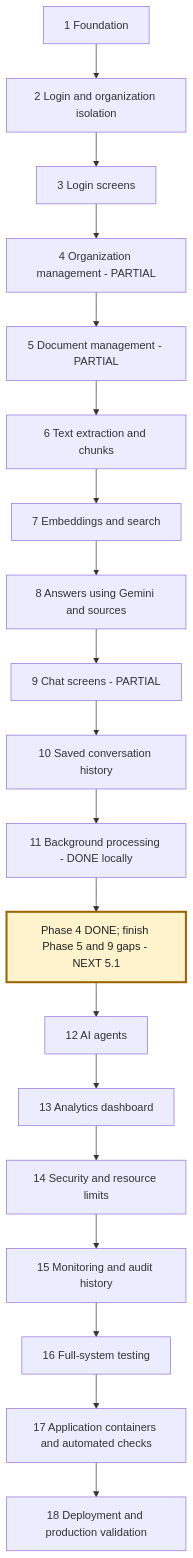
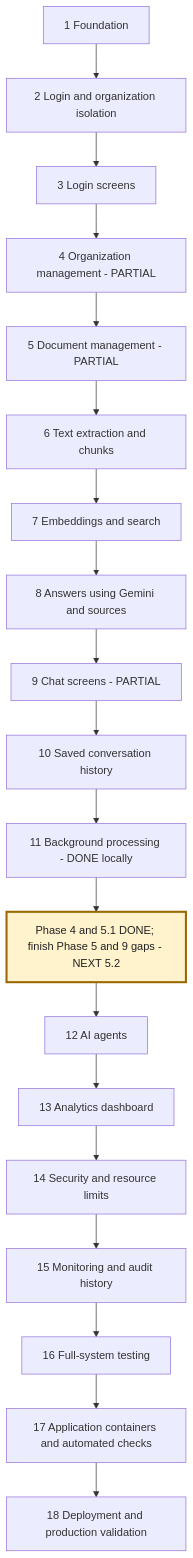
One commit to msdian0007/nexaAi changed the second of 3 diagrams in NEXAAI_ROADMAP.md. Above: the diagram before and after it, drawn with Mermaid. The commit also changed other lines of this file and 15 other files, not shown here.

````diff
--- a/NEXAAI_ROADMAP.md
+++ b/NEXAAI_ROADMAP.md
@@ -186,22 +187,22 @@
 ```mermaid
 flowchart TD
     A[1 Foundation] --> B[2 Login and organization isolation]
     B --> C[3 Login screens]
     C --> D[4 Organization management - PARTIAL]
     D --> E[5 Document management - PARTIAL]
     E --> F[6 Text extraction and chunks]
     F --> G[7 Embeddings and search]
     G --> H[8 Answers using Gemini and sources]
     H --> I[9 Chat screens - PARTIAL]
     I --> J[10 Saved conversation history]
     J --> K[11 Background processing - DONE locally]
-    K --> L[Phase 4 DONE; finish Phase 5 and 9 gaps - NEXT 5.1]
+    K --> L[Phase 4 and 5.1 DONE; finish Phase 5 and 9 gaps - NEXT 5.2]
     L --> M[12 AI agents]
     M --> N[13 Analytics dashboard]
     N --> O[14 Security and resource limits]
     O --> P[15 Monitoring and audit history]
     P --> Q[16 Full-system testing]
     Q --> R[17 Application containers and automated checks]
     R --> S[18 Deployment and production validation]
     style L fill:#fff3cd,stroke:#9a6700,stroke-width:3px,color:#222
 ```
````
